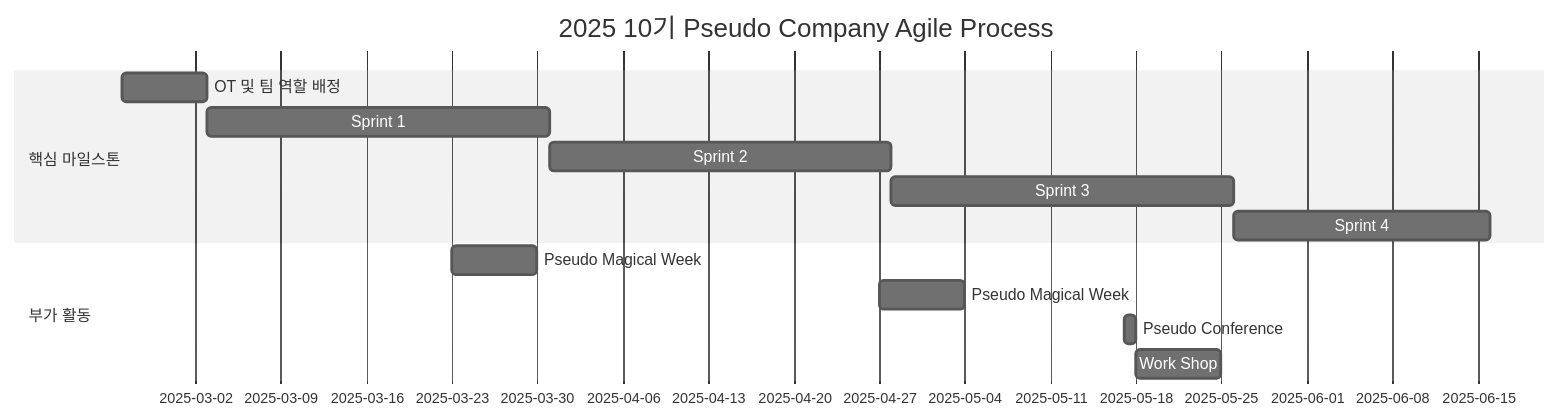
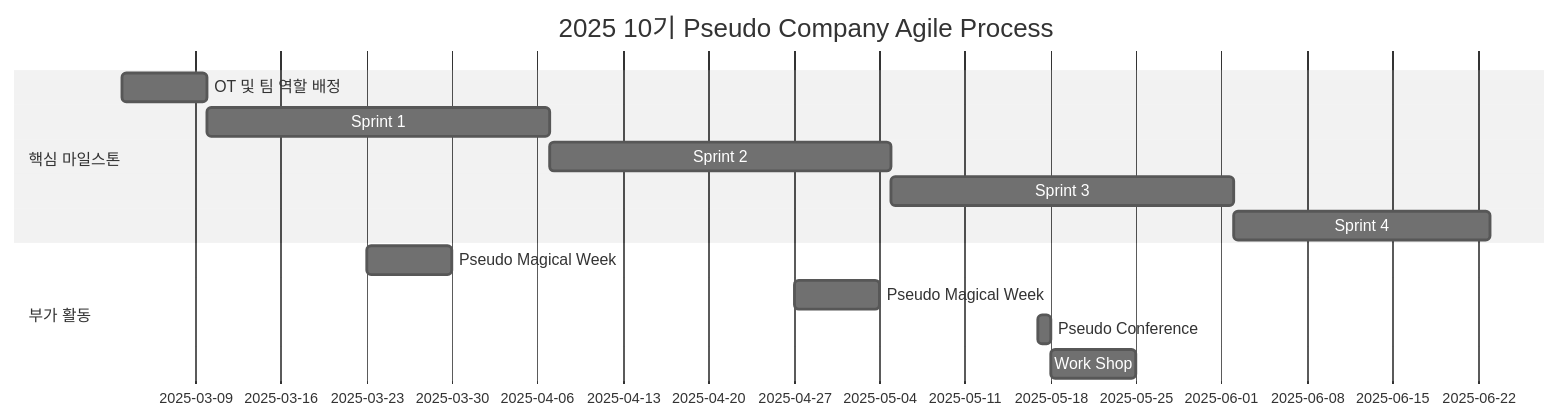
One commit to Pseudo-Lab/Proact0 changed the diagram in README.md. Above: the diagram before and after it, drawn with Mermaid (neutral theme).

````diff
--- a/README.md
+++ b/README.md
@@ -85,15 +85,15 @@
 ```mermaid
 gantt
     title 2025 10기 Pseudo Company Agile Process
     section 핵심 마일스톤 
-    OT 및 팀 역할 배정        :a1, 2025-02-24, 7d
+    OT 및 팀 역할 배정        :a1, 2025-03-03, 7d
     Sprint 1                  :a2, after a1, 28d
     Sprint 2                  :a3, after a2, 28d
     Sprint 3                  :a4, after a3, 28d
     Sprint 4                  :a5, after a4, 21d
     section 부가 활동
     Pseudo Magical Week       :b1, 2025-03-23, 7d
     Pseudo Magical Week       :b2, 2025-04-27, 7d
     Pseudo Conference         :b3, 2025-05-17, 1d
     Work Shop                 :b4, after b3, 7d
 ```
````
